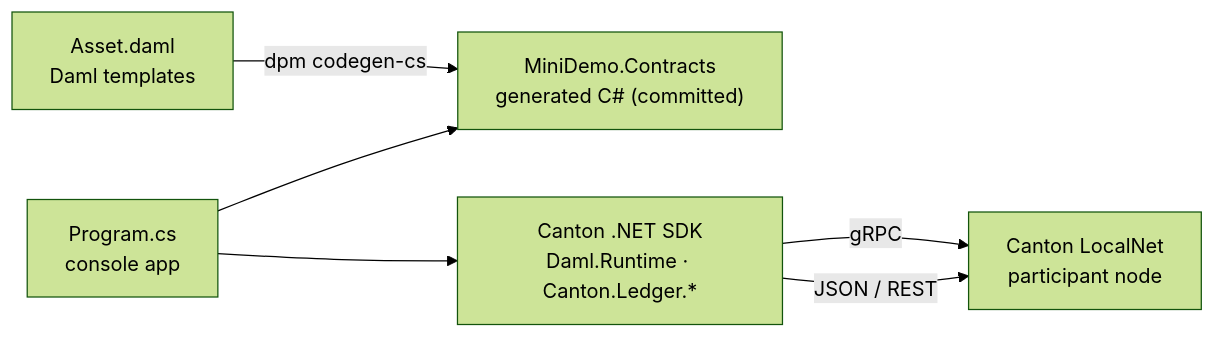
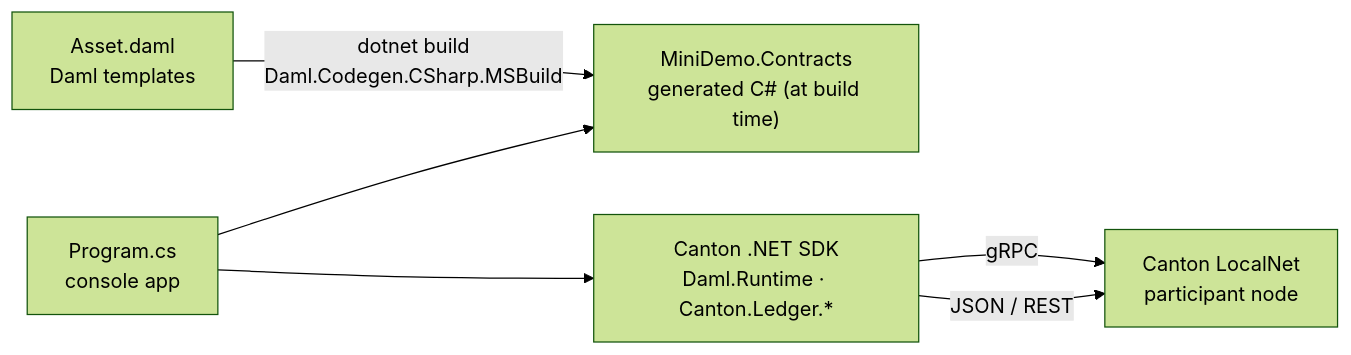
The diagram in README.md (peacefulstudio/canton-dotnet-sdk-mini-demo), drawn with Mermaid (forest theme) before and after one commit. The commit also changed other lines of this file and 30 other files, not shown here.

````diff
--- a/README.md
+++ b/README.md
@@ -30,8 +30,8 @@
 ```mermaid
 flowchart LR
-    daml["Asset.daml<br/>Daml templates"] -->|"dpm codegen-cs"| bindings["MiniDemo.Contracts<br/>generated C# (committed)"]
+    daml["Asset.daml<br/>Daml templates"] -->|"dotnet build<br/>Daml.Codegen.CSharp.MSBuild"| bindings["MiniDemo.Contracts<br/>generated C# (at build time)"]
     app["Program.cs<br/>console app"] --> bindings
     app --> sdk["Canton .NET SDK<br/>Daml.Runtime · Canton.Ledger.*"]
     sdk -->|"gRPC"| node["Canton LocalNet<br/>participant node"]
     sdk -->|"JSON / REST"| node
 ```
````
